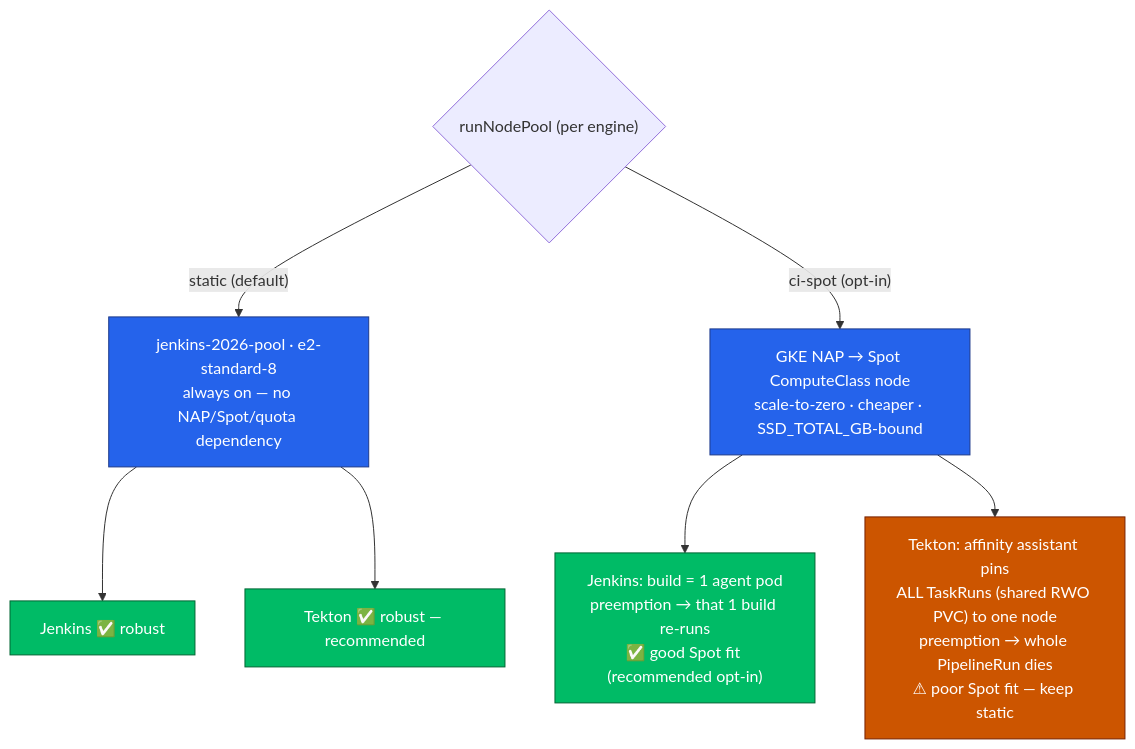
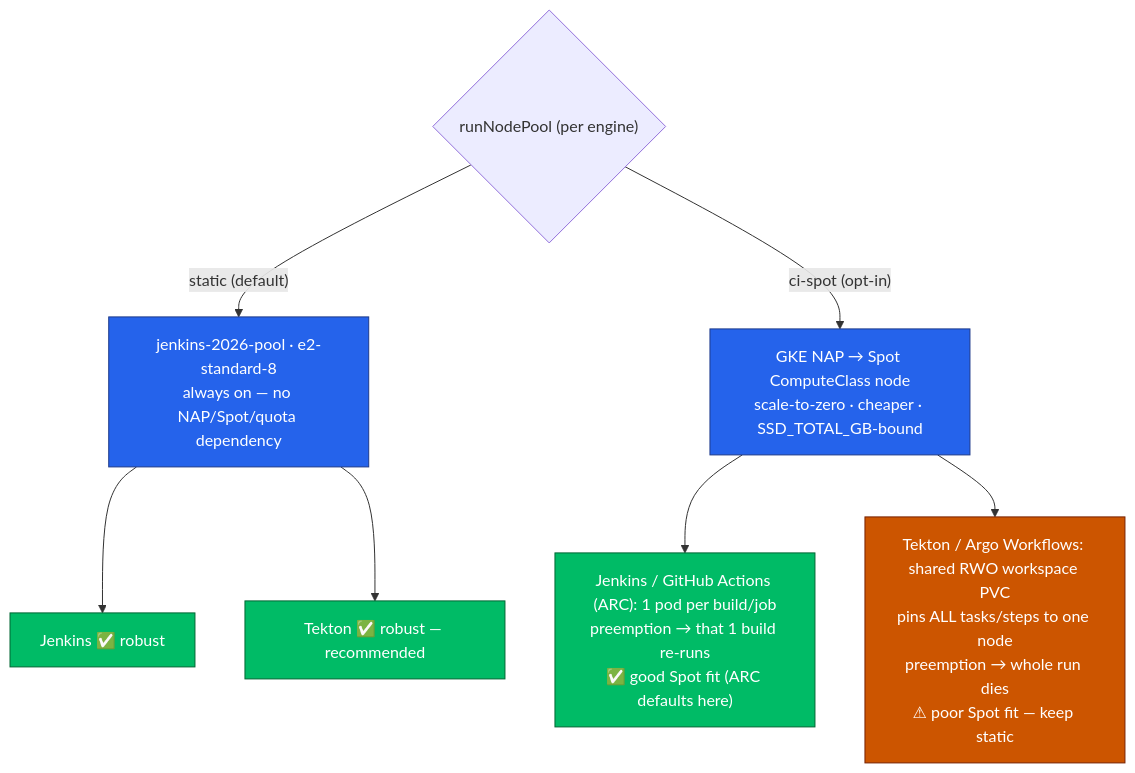
The sixth of 12 diagrams in docs/501-PLATFORM_OPERATIONS.md (nubenetes/jenkins-2026), drawn with Mermaid before and after one commit. The commit also changed other lines of this file and 28 other files, not shown here.

````diff
--- a/docs/501-PLATFORM_OPERATIONS.md
+++ b/docs/501-PLATFORM_OPERATIONS.md
@@ -475,18 +479,18 @@
 ```mermaid
 flowchart TD
     flag{"runNodePool (per engine)"}
     flag -->|"static (default)"| sp["jenkins-2026-pool · e2-standard-8<br/>always on — no NAP/Spot/quota dependency"]
     flag -->|"ci-spot (opt-in)"| nap["GKE NAP → Spot ComputeClass node<br/>scale-to-zero · cheaper · SSD_TOTAL_GB-bound"]
 
     sp --> jok["Jenkins ✅ robust"]
     sp --> tok["Tekton ✅ robust — recommended"]
-    nap --> jspot["Jenkins: build = 1 agent pod<br/>preemption → that 1 build re-runs<br/>✅ good Spot fit (recommended opt-in)"]
-    nap --> tspot["Tekton: affinity assistant pins<br/>ALL TaskRuns (shared RWO PVC) to one node<br/>preemption → whole PipelineRun dies<br/>⚠ poor Spot fit — keep static"]
+    nap --> jspot["Jenkins / GitHub Actions (ARC): 1 pod per build/job<br/>preemption → that 1 build re-runs<br/>✅ good Spot fit (ARC defaults here)"]
+    nap --> tspot["Tekton / Argo Workflows: shared RWO workspace PVC<br/>pins ALL tasks/steps to one node<br/>preemption → whole run dies<br/>⚠ poor Spot fit — keep static"]
 
     classDef good fill:#0b6,stroke:#063,color:#fff;
     classDef warn fill:#c50,stroke:#720,color:#fff;
     classDef pool fill:#2563eb,stroke:#1e3a8a,color:#fff;
     class jok,tok,jspot good;
     class tspot warn;
     class sp,nap pool;
 ```
````
